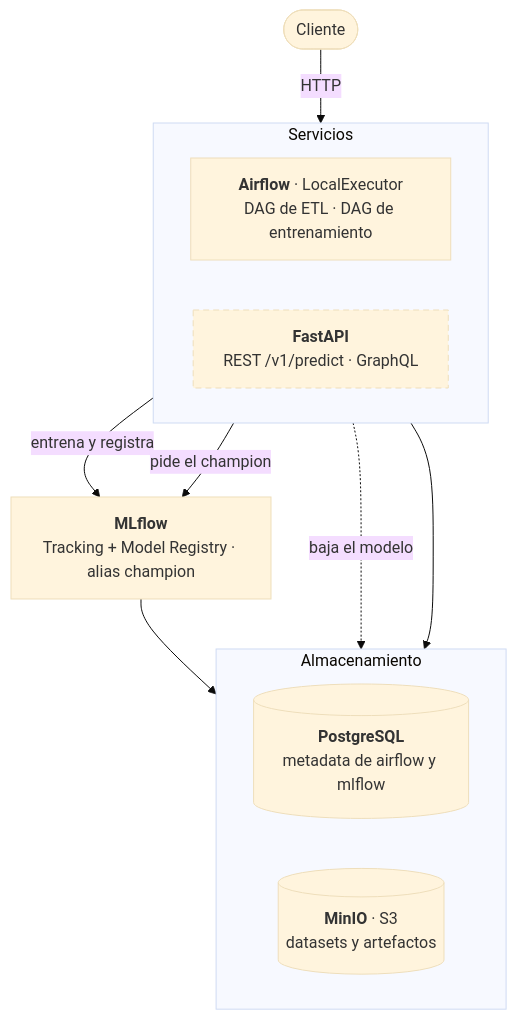
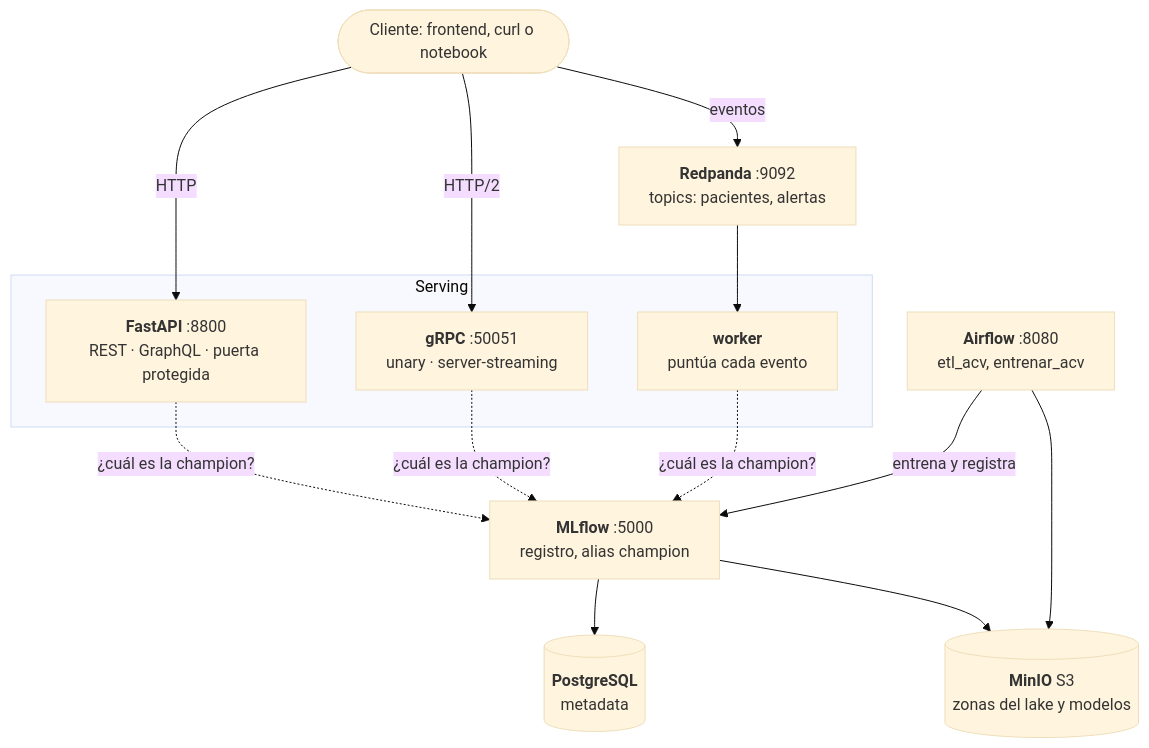
The diagram in integrador/README.md (antonellagambarte/MLOps2-MIA), drawn with Mermaid (base theme) before and after one commit. The commit also changed other lines of this file and 2 other files, not shown here.

````diff
--- a/integrador/README.md
+++ b/integrador/README.md
@@ -11,28 +60,30 @@
 ```mermaid
 flowchart TB
-    cliente(["Cliente"])
+    cliente(["Cliente: frontend, curl o notebook"])
 
-    subgraph servicios["Servicios"]
-        direction LR
-        airflow["<b>Airflow</b> · LocalExecutor<br/>DAG de ETL · DAG de entrenamiento"]
-        api["<b>FastAPI</b><br/>REST /v1/predict · GraphQL"]
+    subgraph serving["Serving"]
+        fastapi["<b>FastAPI</b> :8800<br/>REST · GraphQL · puerta protegida"]
+        grpc["<b>gRPC</b> :50051<br/>unary · server-streaming"]
+        worker["<b>worker</b><br/>puntúa cada evento"]
     end
 
-    mlflow["<b>MLflow</b><br/>Tracking + Model Registry · alias champion"]
+    redpanda["<b>Redpanda</b> :9092<br/>topics: pacientes, alertas"]
+    mlflow["<b>MLflow</b> :5000<br/>registro, alias champion"]
+    airflow["<b>Airflow</b> :8080<br/>etl_acv, entrenar_acv"]
+    minio[("<b>MinIO</b> S3<br/>zonas del lake y modelos")]
+    postgres[("<b>PostgreSQL</b><br/>metadata")]
 
-    subgraph almacenamiento["Almacenamiento"]
-        direction LR
-        pg[("<b>PostgreSQL</b><br/>metadata de airflow y mlflow")]
-        minio[("<b>MinIO</b> · S3<br/>datasets y artefactos")]
-    end
+    cliente -->|HTTP| fastapi
+    cliente -->|HTTP/2| grpc
+    cliente -->|eventos| redpanda
+    redpanda --> worker
 
-    cliente -->|"HTTP"| api
-    airflow -->|"entrena y registra"| mlflow
-    api -->|"pide el champion"| mlflow
-    airflow --> almacenamiento
-    mlflow --> almacenamiento
-    api -.->|"baja el modelo"| minio
+    airflow -->|entrena y registra| mlflow
+    airflow --> minio
+    mlflow --> postgres
+    mlflow --> minio
 
-    classDef pendiente stroke-dasharray:6 4
-    class api pendiente
+    fastapi -.->|¿cuál es la champion?| mlflow
+    grpc -.->|¿cuál es la champion?| mlflow
+    worker -.->|¿cuál es la champion?| mlflow
 ```
````
